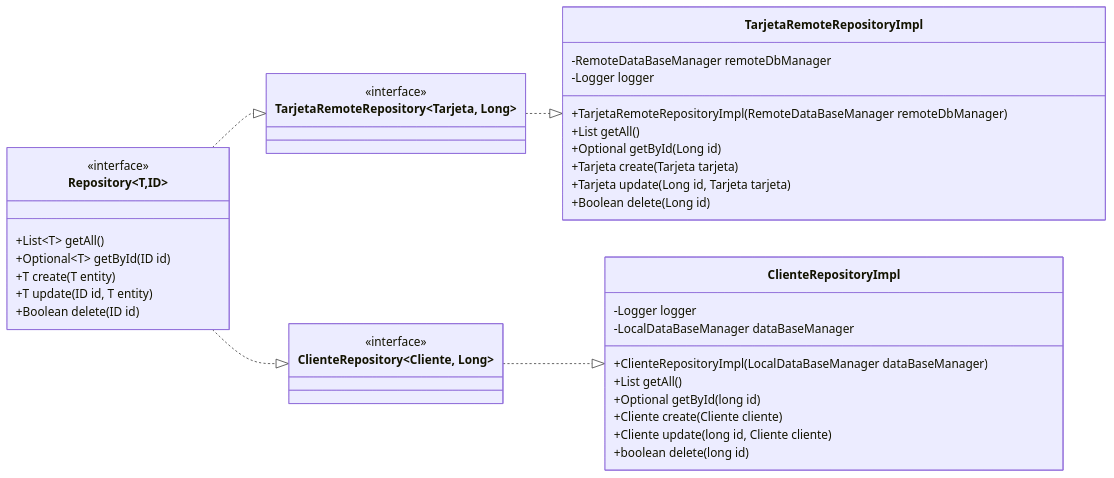
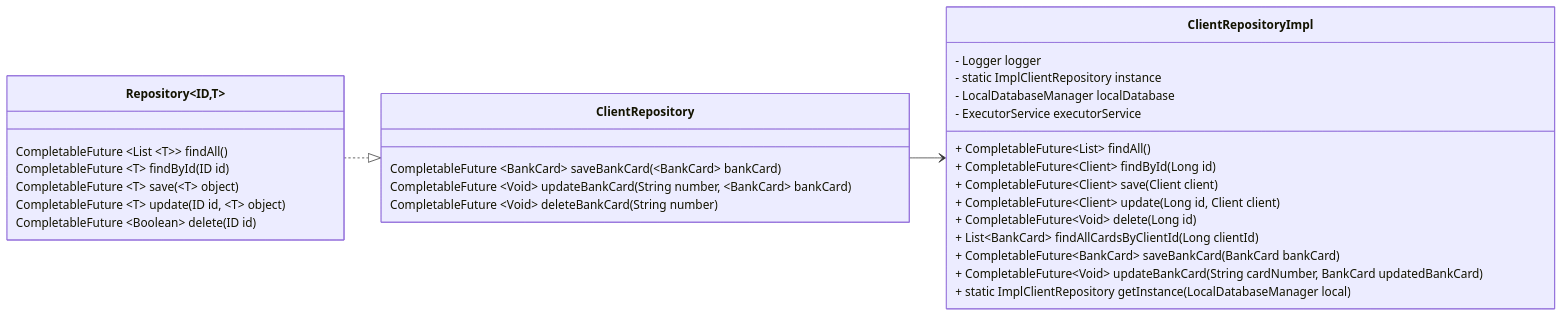
One commit to KevinSanchez5/ClientesBancos changed the fourth of 5 diagrams in README.md. Above: the diagram before and after it, drawn with Mermaid. The commit also changed other lines of this file, not shown here.

````diff
--- a/README.md
+++ b/README.md
@@ -179,50 +216,41 @@
 ```mermaid
 classDiagram
     direction LR
-    class Repository ~T,ID~ {
-        <<interface>>
-        +List~T~ getAll()
-        +Optional~T~ getById(ID id)
-        +T create(T entity)
-        +T update(ID id, T entity)
-        +Boolean delete(ID id)
+    class Repository ~ID,T~ {
+        CompletableFuture ~List ~T~~ findAll()
+        CompletableFuture ~T~ findById(ID id)
+        CompletableFuture ~T~ save(~T~ object)
+        CompletableFuture ~T~ update(ID id, ~T~ object)
+        CompletableFuture ~Boolean~ delete(ID id)
+
     }
 
-    class ClienteRepository ~Cliente, Long~  {
-         <<interface>>
+    Repository ..|> ClientRepository
+
+    class ClientRepository ~Long, Client~ {
+        CompletableFuture ~BankCard~ saveBankCard(~BankCard~ bankCard)
+        CompletableFuture ~Void~ updateBankCard(String number, ~BankCard~ bankCard)
+        CompletableFuture ~Void~ deleteBankCard(String number)
     }
 
-    class ClienteRepositoryImpl {
-        -Logger logger
-        -LocalDataBaseManager dataBaseManager
+    ClientRepository --> ClientRepositoryImpl
 
-        +ClienteRepositoryImpl(LocalDataBaseManager dataBaseManager)
-        +List<Cliente> getAll()
-        +Optional<Cliente> getById(long id)
-        +Cliente create(Cliente cliente)
-        +Cliente update(long id, Cliente cliente)
-        +boolean delete(long id)
+    class ClientRepositoryImpl {
+        - Logger logger
+        - static ImplClientRepository instance
+        - LocalDatabaseManager localDatabase
+        - ExecutorService executorService
+        + CompletableFuture~List~ findAll()
+        + CompletableFuture~Client~ findById(Long id)
+        + CompletableFuture~Client~ save(Client client)
+        + CompletableFuture~Client~ update(Long id, Client client)
+        + CompletableFuture~Void~ delete(Long id)
+        + List~BankCard~ findAllCardsByClientId(Long clientId)
+        + CompletableFuture~BankCard~ saveBankCard(BankCard bankCard)
+        + CompletableFuture~Void~ updateBankCard(String cardNumber, BankCard updatedBankCard)
+        + static ImplClientRepository getInstance(LocalDatabaseManager local)
     }
+    
 
-    class TarjetaRemoteRepository ~Tarjeta, Long~  {
-         <<interface>>
-    }
-
-    class TarjetaRemoteRepositoryImpl {
-        -RemoteDataBaseManager remoteDbManager
-        -Logger logger
-
-        +TarjetaRemoteRepositoryImpl(RemoteDataBaseManager remoteDbManager)
-        +List<Tarjeta> getAll()
-        +Optional<Tarjeta> getById(Long id)
-        +Tarjeta create(Tarjeta tarjeta)
-        +Tarjeta update(Long id, Tarjeta tarjeta)
-        +Boolean delete(Long id)
-    }
-
-    Repository ..|> TarjetaRemoteRepository
-    Repository ..|> ClienteRepository
-    TarjetaRemoteRepository  ..|> TarjetaRemoteRepositoryImpl
-    ClienteRepository ..|>  ClienteRepositoryImpl
 
 ```
````
